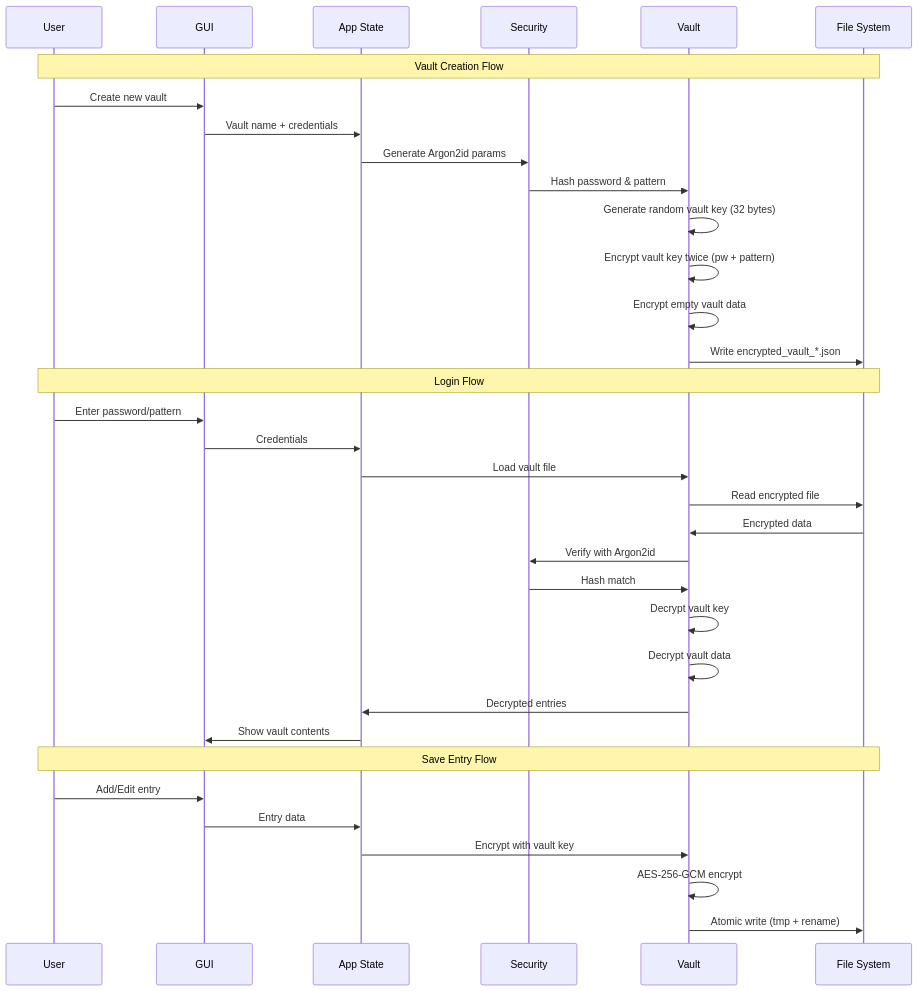
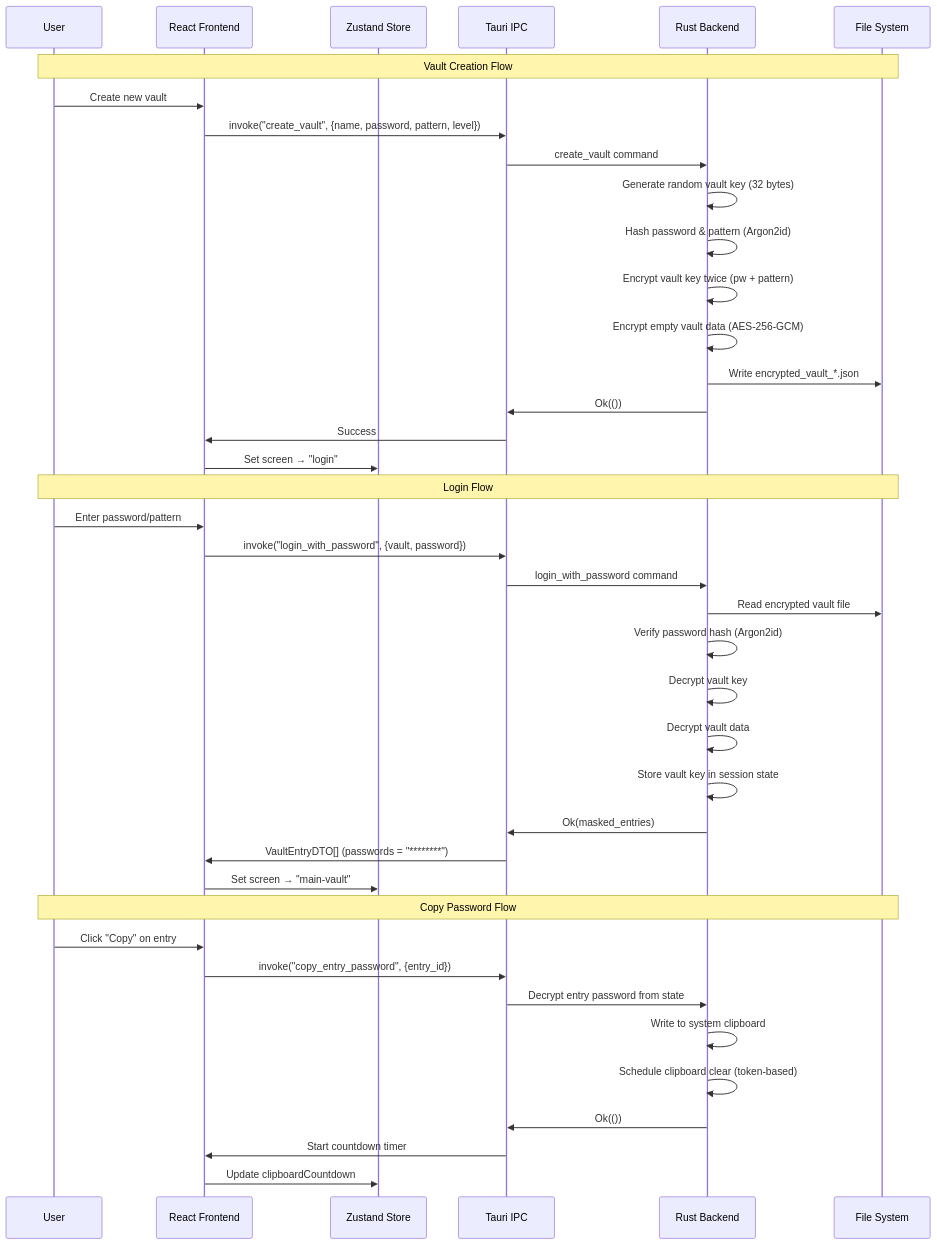
One commit to Technical-1/All-About-Me changed the second of 2 diagrams in public/data/portfolio/QuickPass-v2/architecture.md. Above: the diagram before and after it, drawn with Mermaid. The commit also changed other lines of this file and 8 other files, not shown here.

````diff
--- a/public/data/portfolio/QuickPass-v2/architecture.md
+++ b/public/data/portfolio/QuickPass-v2/architecture.md
@@ -84,39 +100,45 @@
 ```mermaid
 sequenceDiagram
     participant U as User
-    participant UI as GUI
-    participant APP as App State
-    participant S as Security
-    participant V as Vault
+    participant FE as React Frontend
+    participant ZS as Zustand Store
+    participant IPC as Tauri IPC
+    participant RS as Rust Backend
     participant FS as File System
 
     Note over U,FS: Vault Creation Flow
-    U->>UI: Create new vault
-    UI->>APP: Vault name + credentials
-    APP->>S: Generate Argon2id params
-    S->>V: Hash password & pattern
-    V->>V: Generate random vault key (32 bytes)
-    V->>V: Encrypt vault key twice (pw + pattern)
-    V->>V: Encrypt empty vault data
-    V->>FS: Write encrypted_vault_*.json
+    U->>FE: Create new vault
+    FE->>IPC: invoke("create_vault", {name, password, pattern, level})
+    IPC->>RS: create_vault command
+    RS->>RS: Generate random vault key (32 bytes)
+    RS->>RS: Hash password & pattern (Argon2id)
+    RS->>RS: Encrypt vault key twice (pw + pattern)
+    RS->>RS: Encrypt empty vault data (AES-256-GCM)
+    RS->>FS: Write encrypted_vault_*.json
+    RS->>IPC: Ok(())
+    IPC->>FE: Success
+    FE->>ZS: Set screen → "login"
 
     Note over U,FS: Login Flow
-    U->>UI: Enter password/pattern
-    UI->>APP: Credentials
-    APP->>V: Load vault file
-    V->>FS: Read encrypted file
-    FS->>V: Encrypted data
-    V->>S: Verify with Argon2id
-    S->>V: Hash match
-    V->>V: Decrypt vault key
-    V->>V: Decrypt vault data
-    V->>APP: Decrypted entries
-    APP->>UI: Show vault contents
+    U->>FE: Enter password/pattern
+    FE->>IPC: invoke("login_with_password", {vault, password})
+    IPC->>RS: login_with_password command
+    RS->>FS: Read encrypted vault file
+    RS->>RS: Verify password hash (Argon2id)
+    RS->>RS: Decrypt vault key
+    RS->>RS: Decrypt vault data
+    RS->>RS: Store vault key in session state
+    RS->>IPC: Ok(masked_entries)
+    IPC->>FE: VaultEntryDTO[] (passwords = "********")
+    FE->>ZS: Set screen → "main-vault"
 
-    Note over U,FS: Save Entry Flow
-    U->>UI: Add/Edit entry
-    UI->>APP: Entry data
-    APP->>V: Encrypt with vault key
-    V->>V: AES-256-GCM encrypt
-    V->>FS: Atomic write (tmp + rename)
+    Note over U,FS: Copy Password Flow
+    U->>FE: Click "Copy" on entry
+    FE->>IPC: invoke("copy_entry_password", {entry_id})
+    IPC->>RS: Decrypt entry password from state
+    RS->>RS: Write to system clipboard
+    RS->>RS: Schedule clipboard clear (token-based)
+    RS->>IPC: Ok(())
+    IPC->>FE: Start countdown timer
+    FE->>ZS: Update clipboardCountdown
 ```
````
